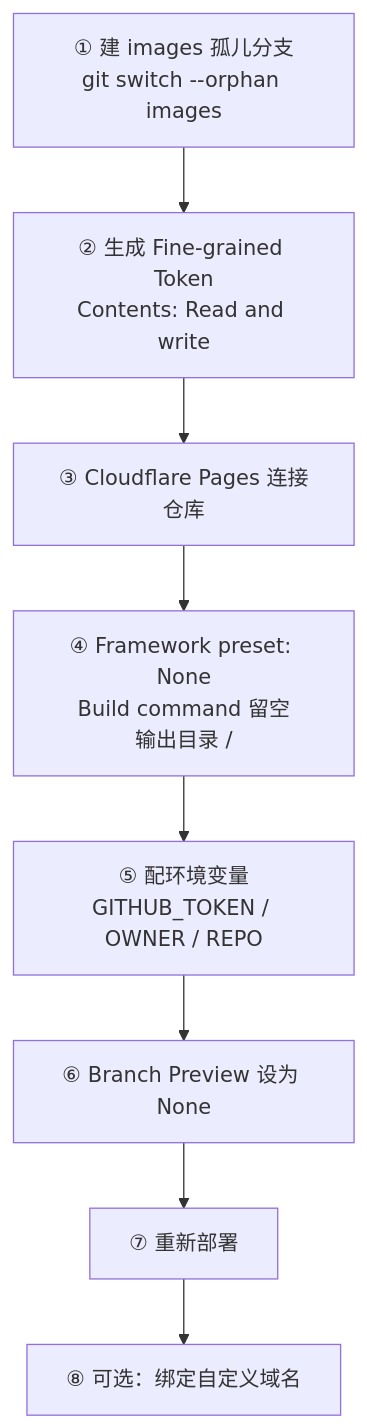
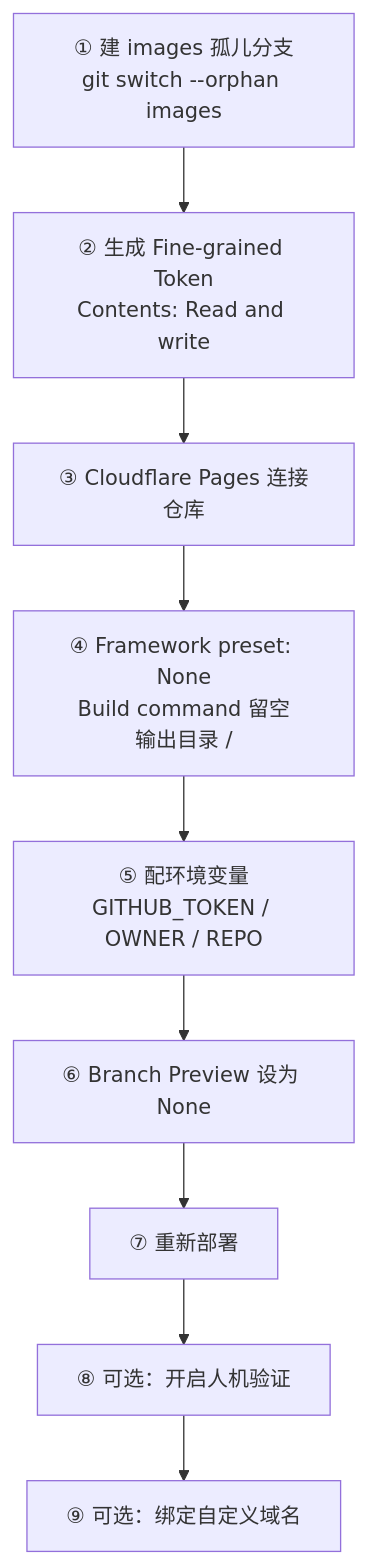
Before and after one commit to xingmihai/XMHAI: the third of 5 diagrams in src/content/posts/202610100235.md, drawn with Mermaid. The commit also changed other lines of this file and 1 other file, not shown here.

````diff
--- a/src/content/posts/202610100235.md
+++ b/src/content/posts/202610100235.md
@@ -77,10 +77,11 @@
 ```mermaid
 graph TD
     A["① 建 images 孤儿分支<br/>git switch --orphan images"] --> B["② 生成 Fine-grained Token<br/>Contents: Read and write"]
     B --> C["③ Cloudflare Pages 连接仓库"]
     C --> D["④ Framework preset: None<br/>Build command 留空<br/>输出目录 /"]
     D --> E["⑤ 配环境变量<br/>GITHUB_TOKEN / OWNER / REPO"]
     E --> F["⑥ Branch Preview 设为 None"]
     F --> G["⑦ 重新部署"]
-    G --> H["⑧ 可选：绑定自定义域名"]
+    G --> H["⑧ 可选：开启人机验证"]
+    H --> I["⑨ 可选：绑定自定义域名"]
 ```
````
